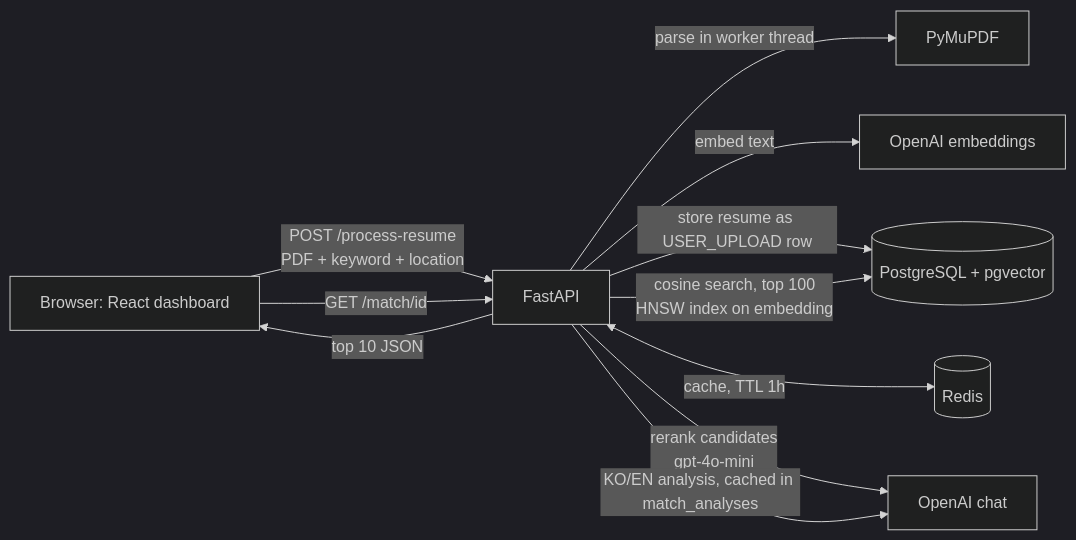
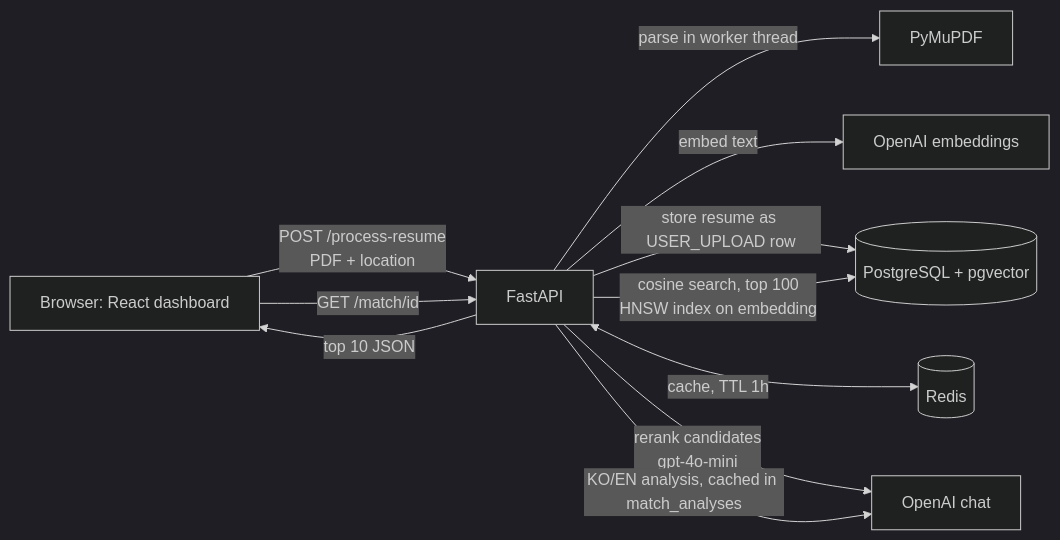
The first of 2 diagrams in README.md (junyoungKi/Portfolio-Job-matching-Web), drawn with Mermaid (dark theme) before and after one commit. The commit also changed other lines of this file and 12 other files, not shown here.

````diff
--- a/README.md
+++ b/README.md
@@ -43,13 +43,13 @@
 ```mermaid
 flowchart LR
-    U[Browser: React dashboard] -->|POST /process-resume<br/>PDF + keyword + location| API[FastAPI]
+    U[Browser: React dashboard] -->|POST /process-resume<br/>PDF + location| API[FastAPI]
     API -->|parse in worker thread| P[PyMuPDF]
     API -->|embed text| E[OpenAI embeddings]
     API -->|store resume as USER_UPLOAD row| DB[(PostgreSQL + pgvector)]
     U -->|GET /match/id| API
     API <-->|cache, TTL 1h| R[(Redis)]
     API -->|cosine search, top 100<br/>HNSW index on embedding| DB
     API -->|rerank candidates<br/>gpt-4o-mini| L[OpenAI chat]
     API -->|KO/EN analysis, cached in match_analyses| L
     API -->|top 10 JSON| U
 ```
````
